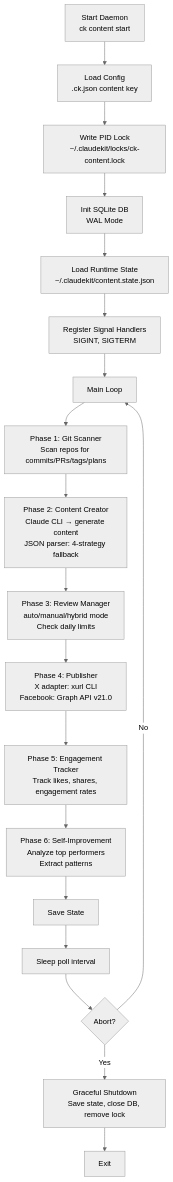
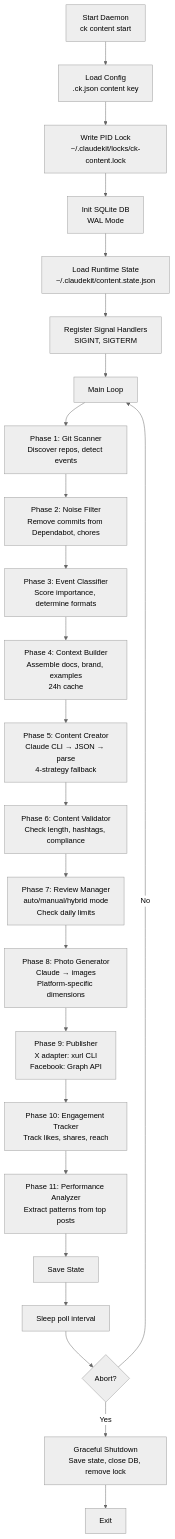
Before and after one commit to mrgoonie/claudekit-cli: the diagram in docs/ck-content.md, drawn with Mermaid (neutral theme). The commit also changed other lines of this file and 1 other file, not shown here.

First line of the commit message:
docs(watch,content): rewrite documentation from source code

````diff
--- a/docs/ck-content.md
+++ b/docs/ck-content.md
@@ -59,21 +59,27 @@
 ```mermaid
 flowchart TD
     A["Start Daemon<br/>ck content start"] --> B["Load Config<br/>.ck.json content key"]
     B --> C["Write PID Lock<br/>~/.claudekit/locks/ck-content.lock"]
     C --> D["Init SQLite DB<br/>WAL Mode"]
     D --> E["Load Runtime State<br/>~/.claudekit/content.state.json"]
     E --> F["Register Signal Handlers<br/>SIGINT, SIGTERM"]
     F --> G["Main Loop"]
-    G --> H["Phase 1: Git Scanner<br/>Scan repos for commits/PRs/tags/plans"]
-    H --> I["Phase 2: Content Creator<br/>Claude CLI → generate content<br/>JSON parser: 4-strategy fallback"]
-    I --> J["Phase 3: Review Manager<br/>auto/manual/hybrid mode<br/>Check daily limits"]
-    J --> K["Phase 4: Publisher<br/>X adapter: xurl CLI<br/>Facebook: Graph API v21.0"]
-    K --> L["Phase 5: Engagement Tracker<br/>Track likes, shares, engagement rates"]
-    L --> M["Phase 6: Self-Improvement<br/>Analyze top performers<br/>Extract patterns"]
-    M --> N["Save State"]
-    N --> O["Sleep poll interval"]
-    O --> P{"Abort?"}
-    P -->|No| G
-    P -->|Yes| Q["Graceful Shutdown<br/>Save state, close DB, remove lock"]
-    Q --> R["Exit"]
+
+    G --> H["Phase 1: Git Scanner<br/>Discover repos, detect events"]
+    H --> I["Phase 2: Noise Filter<br/>Remove commits from Dependabot, chores"]
+    I --> J["Phase 3: Event Classifier<br/>Score importance, determine formats"]
+    J --> K["Phase 4: Context Builder<br/>Assemble docs, brand, examples<br/>24h cache"]
+    K --> L["Phase 5: Content Creator<br/>Claude CLI → JSON → parse<br/>4-strategy fallback"]
+    L --> M["Phase 6: Content Validator<br/>Check length, hashtags, compliance"]
+    M --> N["Phase 7: Review Manager<br/>auto/manual/hybrid mode<br/>Check daily limits"]
+    N --> O["Phase 8: Photo Generator<br/>Claude → images<br/>Platform-specific dimensions"]
+    O --> P["Phase 9: Publisher<br/>X adapter: xurl CLI<br/>Facebook: Graph API"]
+    P --> Q["Phase 10: Engagement Tracker<br/>Track likes, shares, reach"]
+    Q --> R["Phase 11: Performance Analyzer<br/>Extract patterns from top posts"]
+    R --> S["Save State"]
+    S --> T["Sleep poll interval"]
+    T --> U{"Abort?"}
+    U -->|No| G
+    U -->|Yes| V["Graceful Shutdown<br/>Save state, close DB, remove lock"]
+    V --> W["Exit"]
 ```
````
